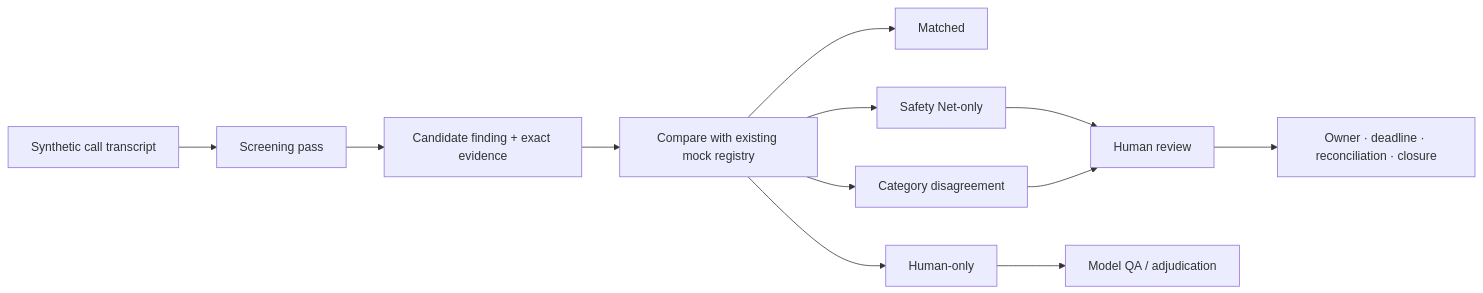
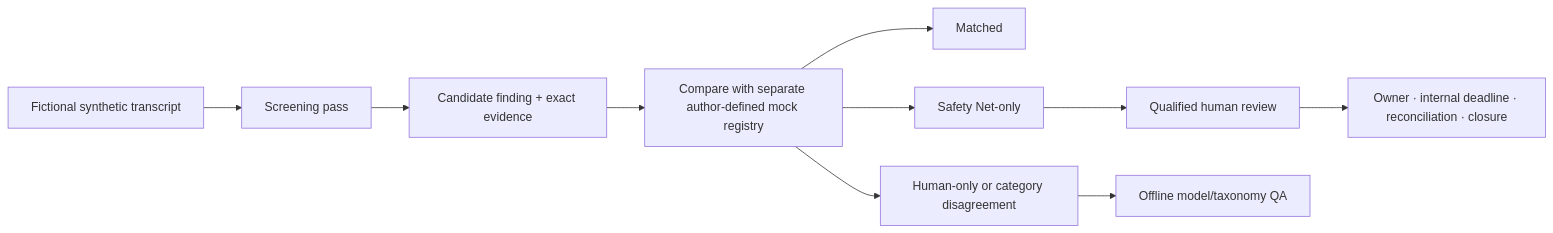
One commit to lomendor/safety-net changed the diagram in README.md. Above: the diagram before and after it, drawn with Mermaid. The commit also changed other lines of this file and 4 other files, not shown here.

````diff
--- a/README.md
+++ b/README.md
@@ -19,14 +19,12 @@
 ```mermaid
 flowchart LR
-    A["Synthetic call transcript"] --> B["Screening pass"]
+    A["Fictional synthetic transcript"] --> B["Screening pass"]
     B --> C["Candidate finding + exact evidence"]
-    C --> D["Compare with existing mock registry"]
+    C --> D["Compare with separate author-defined mock registry"]
     D --> E["Matched"]
     D --> F["Safety Net-only"]
-    D --> G["Human-only"]
-    D --> H["Category disagreement"]
-    F --> I["Human review"]
-    G --> J["Model QA / adjudication"]
-    H --> I
-    I --> K["Owner · deadline · reconciliation · closure"]
+    D --> G["Human-only or category disagreement"]
+    F --> H["Qualified human review"]
+    G --> I["Offline model/taxonomy QA"]
+    H --> J["Owner · internal deadline · reconciliation · closure"]
 ```
````
